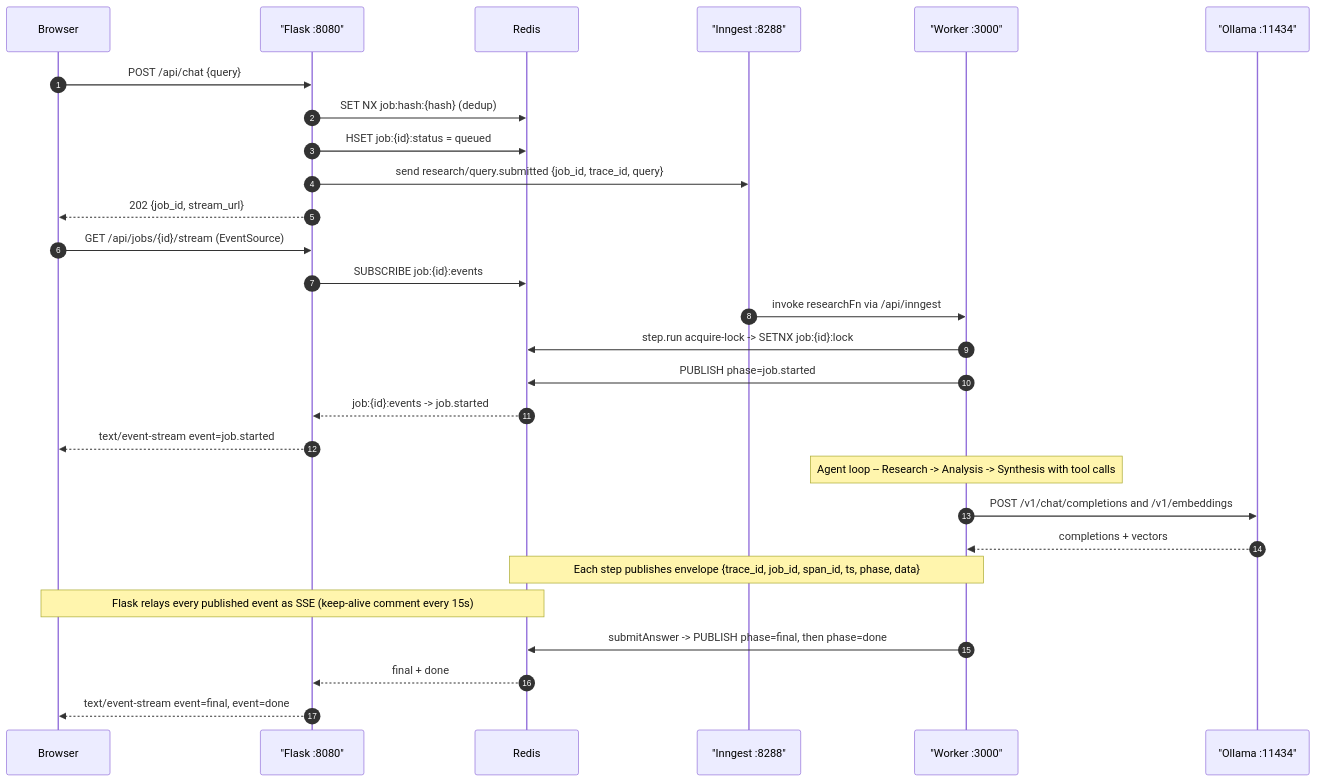
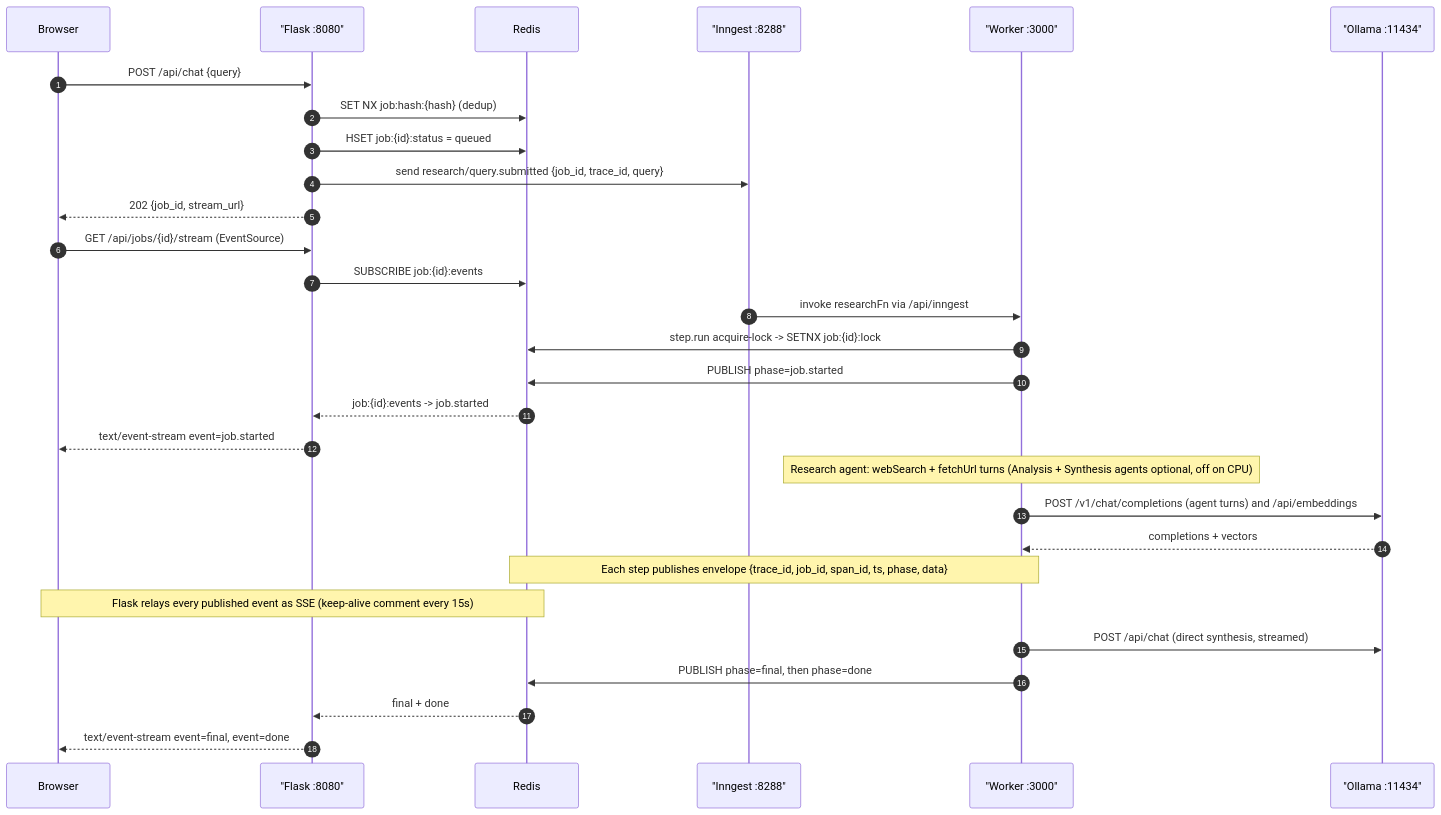
Before and after one commit to kasasa22/_llmBoilerGrow2025: the second of 3 diagrams in __README.MD, drawn with Mermaid. The commit also changed other lines of this file, not shown here.

Commit message:
feat: update README to clarify research agent workflow; enhance synthesis process and document recovery inputs

````diff
--- a/__README.MD
+++ b/__README.MD
@@ -110,35 +110,36 @@
 ```mermaid
 sequenceDiagram
     autonumber
     participant Browser
     participant Flask as "Flask :8080"
     participant Redis
     participant Inngest as "Inngest :8288"
     participant Worker as "Worker :3000"
     participant Ollama as "Ollama :11434"
 
     Browser->>Flask: POST /api/chat {query}
     Flask->>Redis: SET NX job:hash:{hash} (dedup)
     Flask->>Redis: HSET job:{id}:status = queued
     Flask->>Inngest: send research/query.submitted {job_id, trace_id, query}
     Flask-->>Browser: 202 {job_id, stream_url}
 
     Browser->>Flask: GET /api/jobs/{id}/stream (EventSource)
     Flask->>Redis: SUBSCRIBE job:{id}:events
 
     Inngest->>Worker: invoke researchFn via /api/inngest
     Worker->>Redis: step.run acquire-lock -> SETNX job:{id}:lock
     Worker->>Redis: PUBLISH phase=job.started
     Redis-->>Flask: job:{id}:events -> job.started
     Flask-->>Browser: text/event-stream event=job.started
 
-    Note over Worker: Agent loop -- Research -> Analysis -> Synthesis with tool calls
-    Worker->>Ollama: POST /v1/chat/completions and /v1/embeddings
+    Note over Worker: Research agent: webSearch + fetchUrl turns (Analysis + Synthesis agents optional, off on CPU)
+    Worker->>Ollama: POST /v1/chat/completions (agent turns) and /api/embeddings
     Ollama-->>Worker: completions + vectors
     Note over Worker,Redis: Each step publishes envelope {trace_id, job_id, span_id, ts, phase, data}
     Note over Redis,Browser: Flask relays every published event as SSE (keep-alive comment every 15s)
 
-    Worker->>Redis: submitAnswer -> PUBLISH phase=final, then phase=done
+    Worker->>Ollama: POST /api/chat (direct synthesis, streamed)
+    Worker->>Redis: PUBLISH phase=final, then phase=done
     Redis-->>Flask: final + done
     Flask-->>Browser: text/event-stream event=final, event=done
 ```
````
